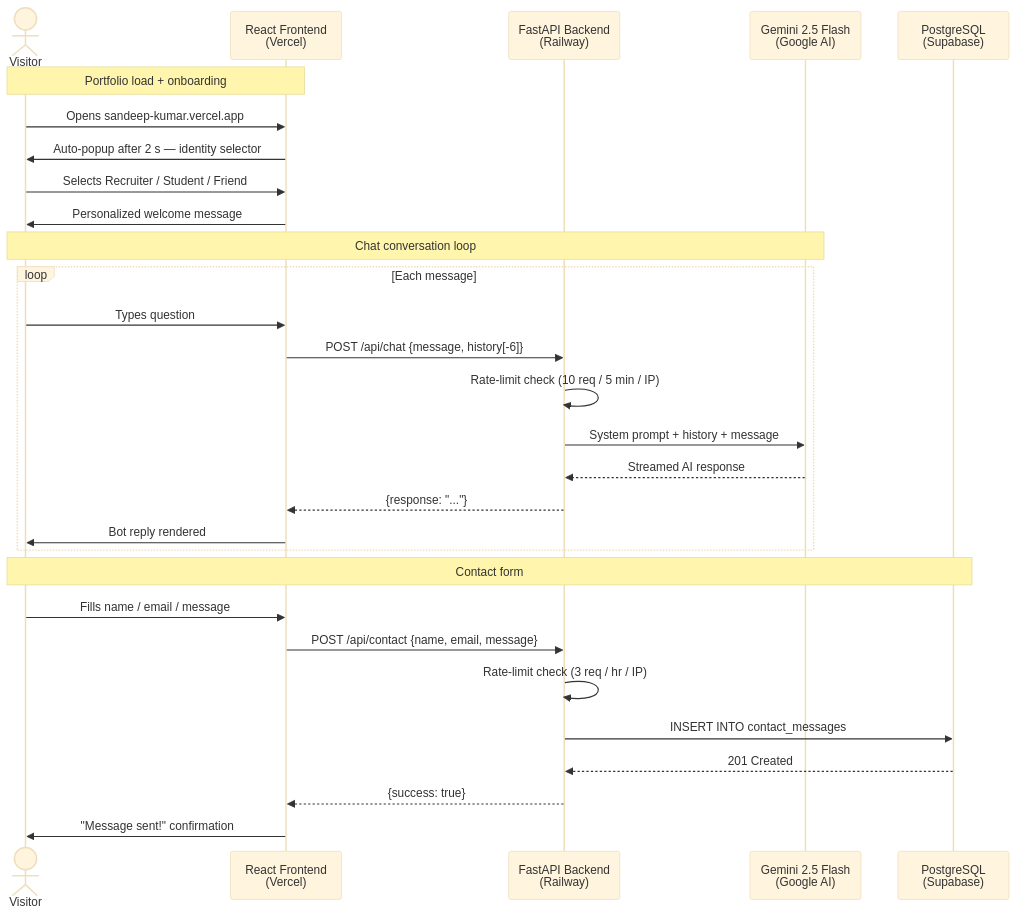
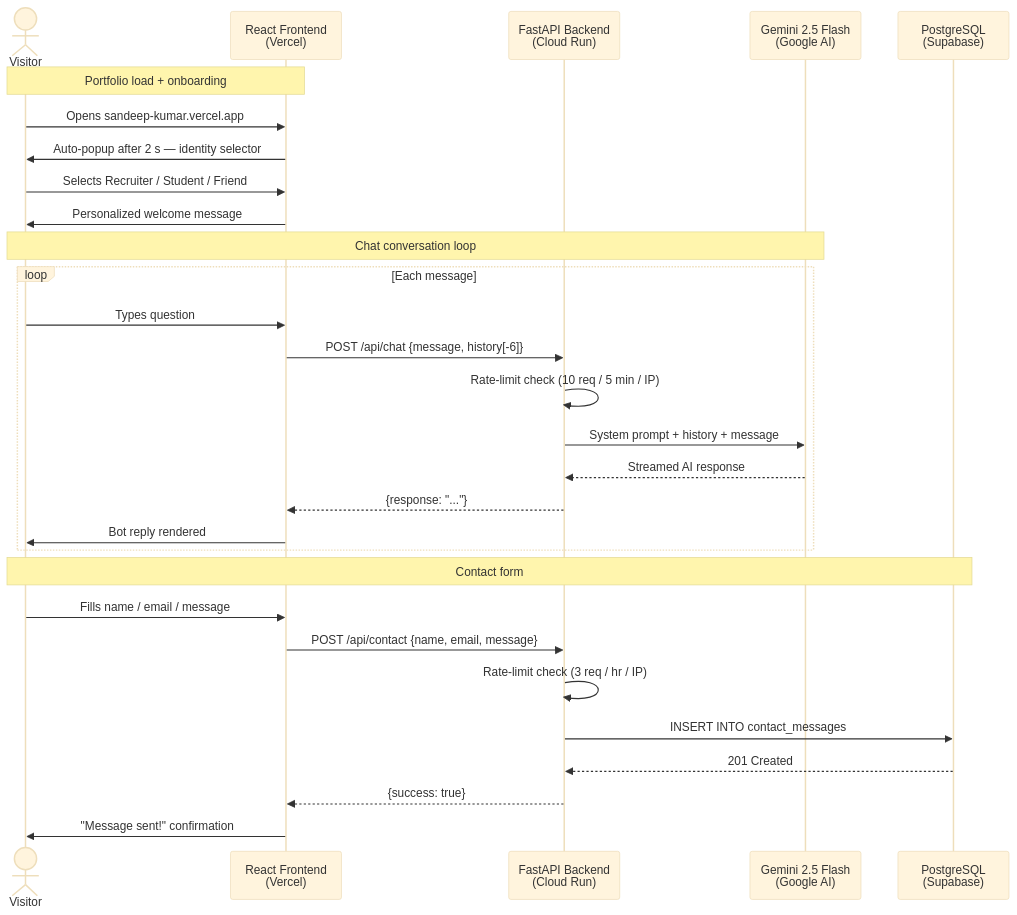
One commit to Qisanxi/Portfolio changed the second of 3 diagrams in README.md. Above: the diagram before and after it, drawn with Mermaid (base theme). The commit also changed other lines of this file and 13 other files, not shown here.

````diff
--- a/README.md
+++ b/README.md
@@ -90,34 +90,34 @@
 ```mermaid
 sequenceDiagram
     actor V as Visitor
     participant FE as React Frontend<br/>(Vercel)
-    participant API as FastAPI Backend<br/>(Railway)
+    participant API as FastAPI Backend<br/>(Cloud Run)
     participant AI as Gemini 2.5 Flash<br/>(Google AI)
     participant DB as PostgreSQL<br/>(Supabase)
 
     Note over V,FE: Portfolio load + onboarding
     V->>FE: Opens sandeep-kumar.vercel.app
     FE->>V: Auto-popup after 2 s — identity selector
     V->>FE: Selects Recruiter / Student / Friend
     FE->>V: Personalized welcome message
 
     Note over V,AI: Chat conversation loop
     loop Each message
         V->>FE: Types question
         FE->>API: POST /api/chat {message, history[-6]}
         API->>API: Rate-limit check (10 req / 5 min / IP)
         API->>AI: System prompt + history + message
         AI-->>API: Streamed AI response
         API-->>FE: {response: "..."}
         FE->>V: Bot reply rendered
     end
 
     Note over V,DB: Contact form
     V->>FE: Fills name / email / message
     FE->>API: POST /api/contact {name, email, message}
     API->>API: Rate-limit check (3 req / hr / IP)
     API->>DB: INSERT INTO contact_messages
     DB-->>API: 201 Created
     API-->>FE: {success: true}
     FE->>V: "Message sent!" confirmation
 ```
````
